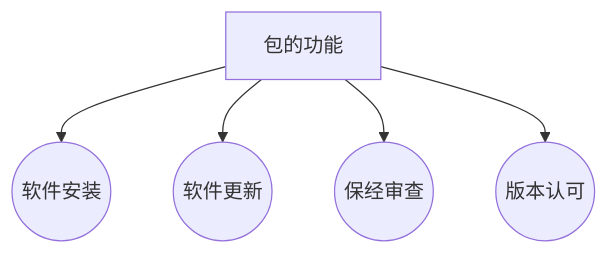
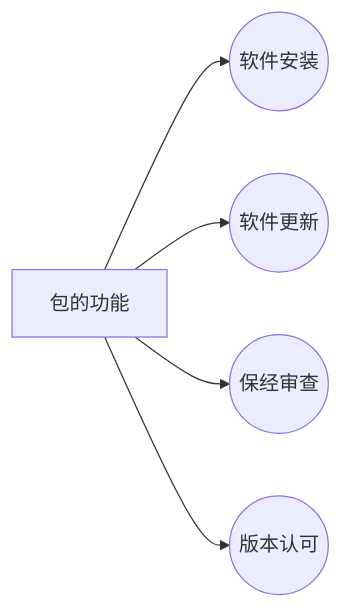
One commit to RisunJiang/notebook changed the second of 4 diagrams in 包管理.md. Above: the diagram before and after it, drawn with Mermaid. The commit also changed other lines of this file, not shown here.

````diff
--- a/包管理.md
+++ b/包管理.md
@@ -11,7 +11,7 @@
 ```mermaid
-graph TD
+graph LR
 A[包的功能] --> B((软件安装))
 A --> C((软件更新))
 A --> D((保经审查))
 A --> E((版本认可))
 ```
````
